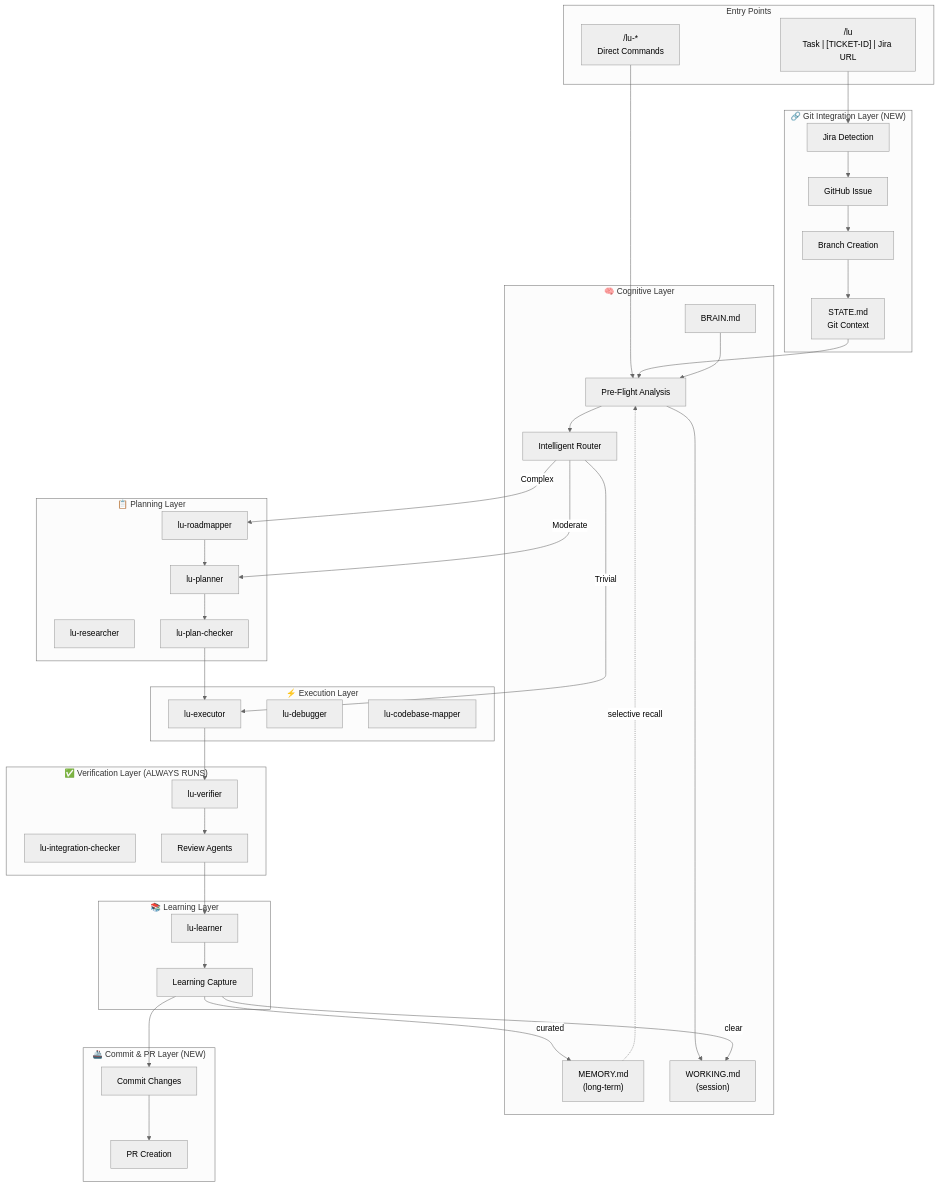
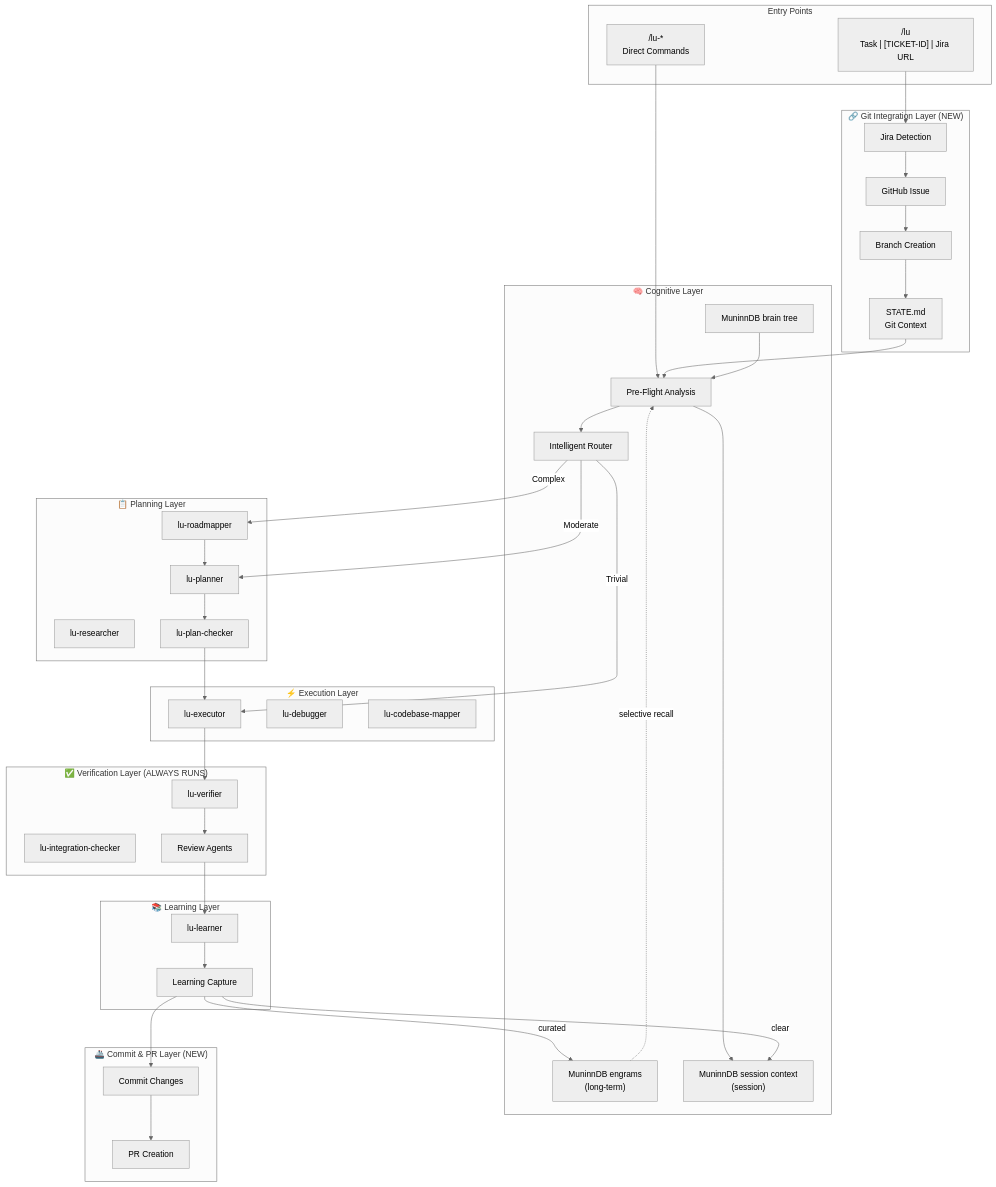
Before and after one commit to asibilia/luca-framework: the first of 14 diagrams in docs/agent-framework/luca/diagrams.md, drawn with Mermaid (neutral theme). The commit also changed other lines of this file and 820 other files, not shown here.

````diff
--- a/docs/agent-framework/luca/diagrams.md
+++ b/docs/agent-framework/luca/diagrams.md
@@ -5,71 +5,71 @@
 ```mermaid
 flowchart TB
     subgraph Entry["Entry Points"]
         UNIFIED["/lu<br/>Task | [TICKET-ID] | Jira URL"]
         SPECIFIC["/lu-*<br/>Direct Commands"]
     end
 
     subgraph Git["🔗 Git Integration Layer (NEW)"]
         JIRA["Jira Detection"]
         ISSUE["GitHub Issue"]
         BRANCH["Branch Creation"]
         GIT_STATE["STATE.md<br/>Git Context"]
     end
 
     subgraph Cognitive["🧠 Cognitive Layer"]
         PREFLIGHT["Pre-Flight Analysis"]
         ROUTING["Intelligent Router"]
 
-        BRAIN_FILE["BRAIN.md"]
-        MEMORY_FILE["MEMORY.md<br/>(long-term)"]
-        WORKING_FILE["WORKING.md<br/>(session)"]
+        BRAIN_FILE["MuninnDB brain tree"]
+        MEMORY_FILE["MuninnDB engrams<br/>(long-term)"]
+        WORKING_FILE["MuninnDB session context<br/>(session)"]
     end
 
     subgraph Planning["📋 Planning Layer"]
         ROADMAP["lu-roadmapper"]
         PLANNER["lu-planner"]
         RESEARCHER["lu-researcher"]
         CHECKER["lu-plan-checker"]
     end
 
     subgraph Execution["⚡ Execution Layer"]
         EXECUTOR["lu-executor"]
         DEBUGGER["lu-debugger"]
         MAPPER["lu-codebase-mapper"]
     end
 
     subgraph Verification["✅ Verification Layer (ALWAYS RUNS)"]
         VERIFIER["lu-verifier"]
         INTEG["lu-integration-checker"]
         REVIEW["Review Agents"]
     end
 
     subgraph Learning["📚 Learning Layer"]
         LEARNER["lu-learner"]
         CAPTURE["Learning Capture"]
     end
 
     subgraph Ship["🚢 Commit & PR Layer (NEW)"]
         COMMIT["Commit Changes"]
         PR["PR Creation"]
     end
 
     UNIFIED --> JIRA --> ISSUE --> BRANCH --> GIT_STATE
     SPECIFIC --> PREFLIGHT
     GIT_STATE --> PREFLIGHT
 
     BRAIN_FILE --> PREFLIGHT
     MEMORY_FILE -.->|"selective recall"| PREFLIGHT
     PREFLIGHT --> WORKING_FILE
 
     PREFLIGHT --> ROUTING
     ROUTING -->|"Trivial"| EXECUTOR
     ROUTING -->|"Moderate"| PLANNER
     ROUTING -->|"Complex"| ROADMAP
     ROADMAP --> PLANNER --> CHECKER --> EXECUTOR
     EXECUTOR --> VERIFIER --> REVIEW
     REVIEW --> LEARNER --> CAPTURE
     CAPTURE -->|"curated"| MEMORY_FILE
     CAPTURE -->|"clear"| WORKING_FILE
     CAPTURE --> COMMIT --> PR
 ```
````
